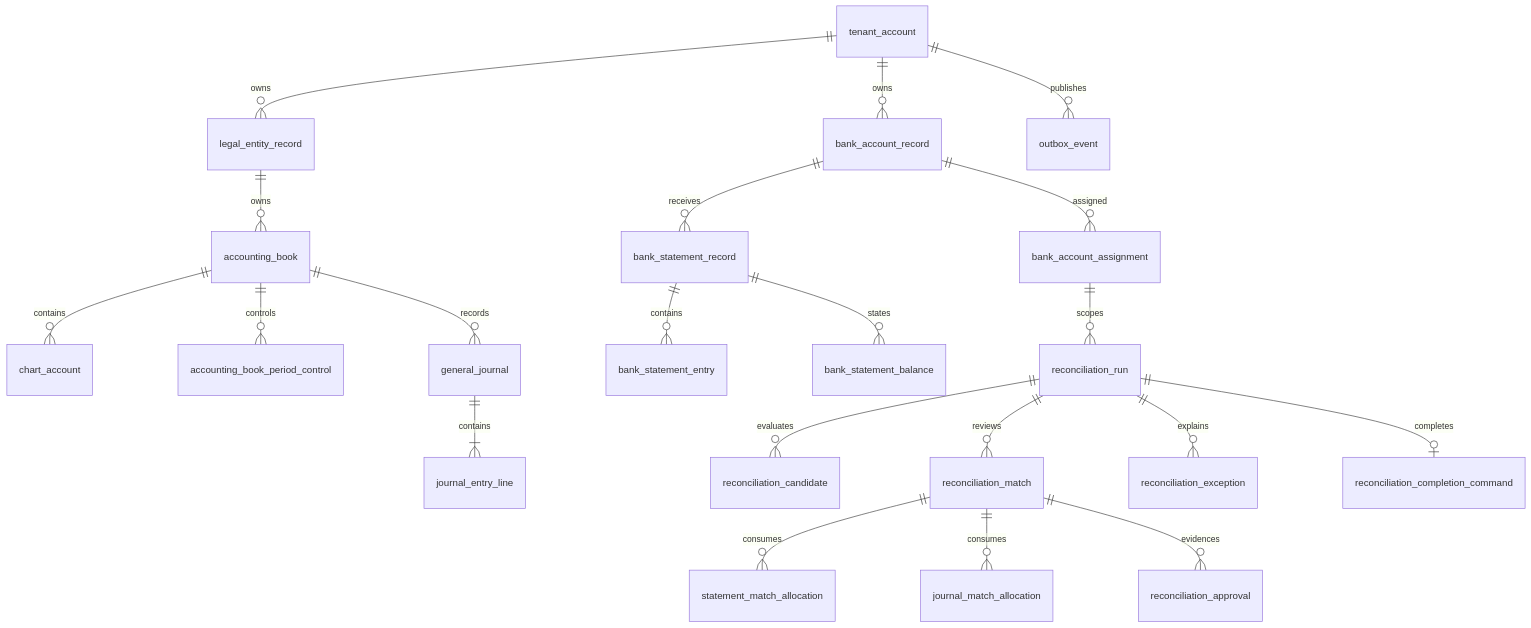
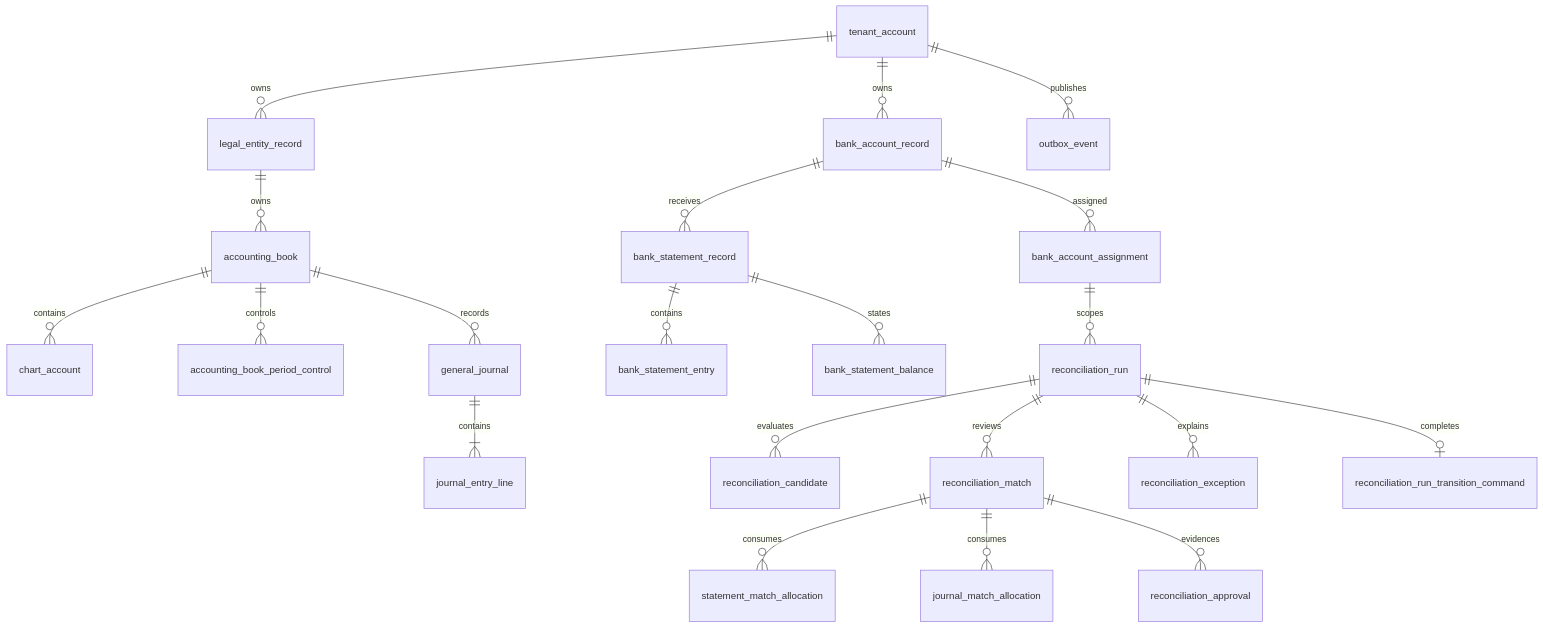
The second of 3 diagrams in docs/product-technical-gap-baseline.md (ContextualWisdomLab/accounting-information-platform), drawn with Mermaid before and after one commit. The commit also changed other lines of this file, not shown here.

````diff
--- a/docs/product-technical-gap-baseline.md
+++ b/docs/product-technical-gap-baseline.md
@@ -121,26 +121,26 @@
 ```mermaid
 erDiagram
   tenant_account ||--o{ legal_entity_record : owns
   legal_entity_record ||--o{ accounting_book : owns
   accounting_book ||--o{ chart_account : contains
   accounting_book ||--o{ accounting_book_period_control : controls
   accounting_book ||--o{ general_journal : records
   general_journal ||--|{ journal_entry_line : contains
 
   tenant_account ||--o{ bank_account_record : owns
   bank_account_record ||--o{ bank_account_assignment : assigned
   bank_account_record ||--o{ bank_statement_record : receives
   bank_statement_record ||--o{ bank_statement_entry : contains
   bank_statement_record ||--o{ bank_statement_balance : states
 
   bank_account_assignment ||--o{ reconciliation_run : scopes
   reconciliation_run ||--o{ reconciliation_candidate : evaluates
   reconciliation_run ||--o{ reconciliation_match : reviews
   reconciliation_match ||--o{ statement_match_allocation : consumes
   reconciliation_match ||--o{ journal_match_allocation : consumes
   reconciliation_match ||--o{ reconciliation_approval : evidences
   reconciliation_run ||--o{ reconciliation_exception : explains
-  reconciliation_run ||--o| reconciliation_completion_command : completes
+  reconciliation_run ||--o| reconciliation_run_transition_command : completes
 
   tenant_account ||--o{ outbox_event : publishes
 ```
````
